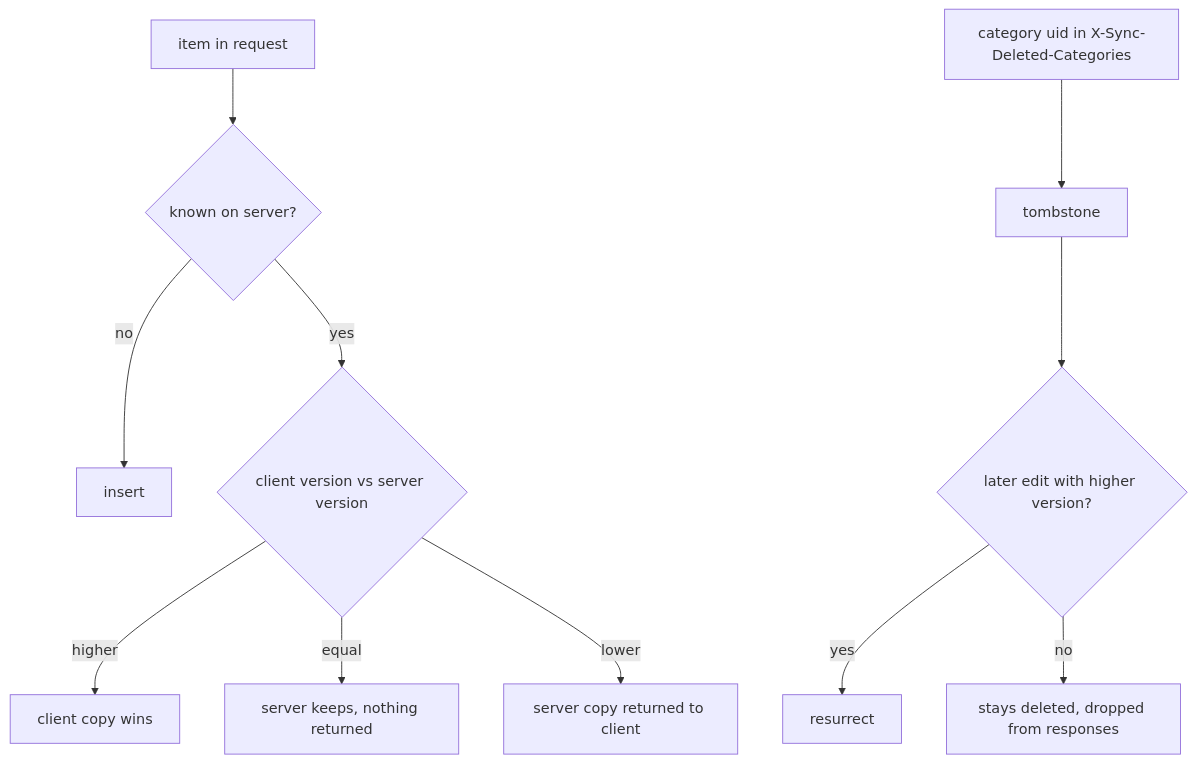
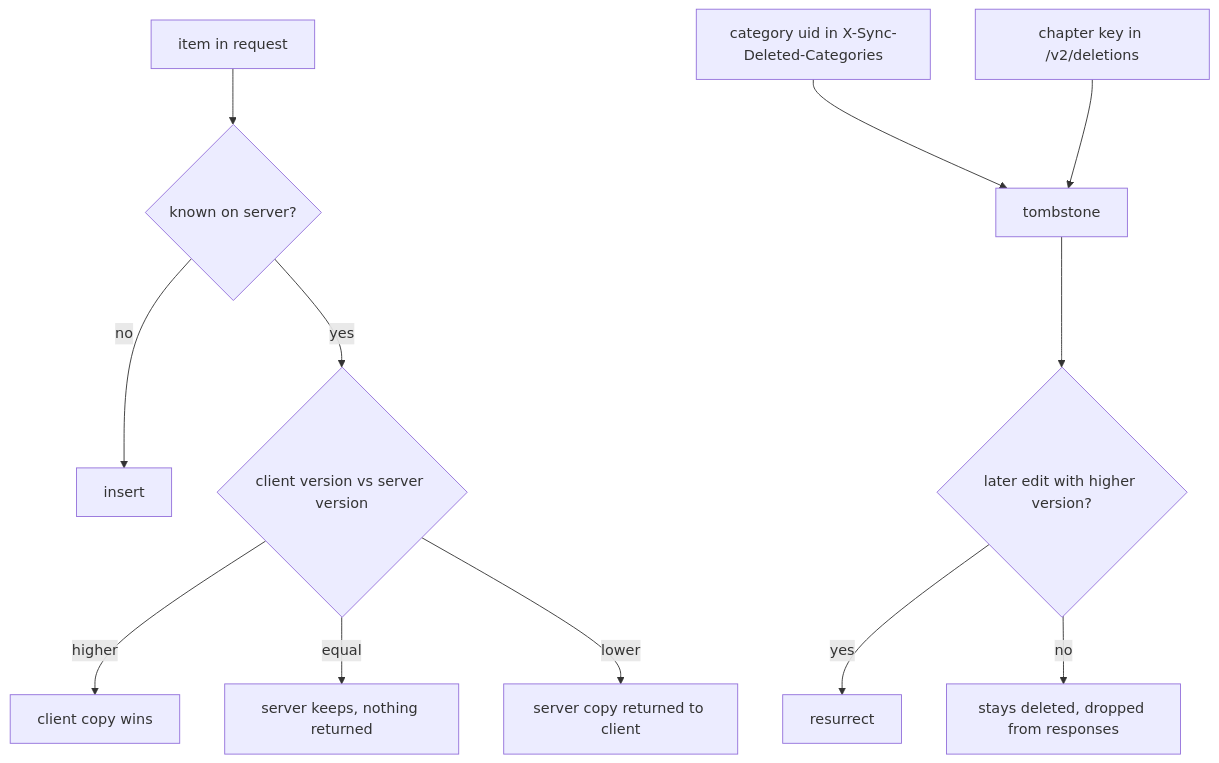
One commit to syncyomi/syncyomi changed the third of 3 diagrams in docs/sync-protocol-v2.md. Above: the diagram before and after it, drawn with Mermaid. The commit also changed other lines of this file and 17 other files, not shown here.

````diff
--- a/docs/sync-protocol-v2.md
+++ b/docs/sync-protocol-v2.md
@@ -94,13 +117,14 @@
 ```mermaid
 flowchart TD
     I[item in request] --> K{known on server?}
     K -- no --> INS[insert]
     K -- yes --> V{client version vs server version}
     V -- higher --> W[client copy wins]
     V -- equal --> KEEP[server keeps, nothing returned]
     V -- lower --> R[server copy returned to client]
     T[category uid in X-Sync-Deleted-Categories] --> TB[tombstone]
+    C[chapter key in /v2/deletions] --> TB
     TB --> RES{later edit with higher version?}
     RES -- yes --> RESURRECT[resurrect]
     RES -- no --> STAY[stays deleted, dropped from responses]
 ```
````
